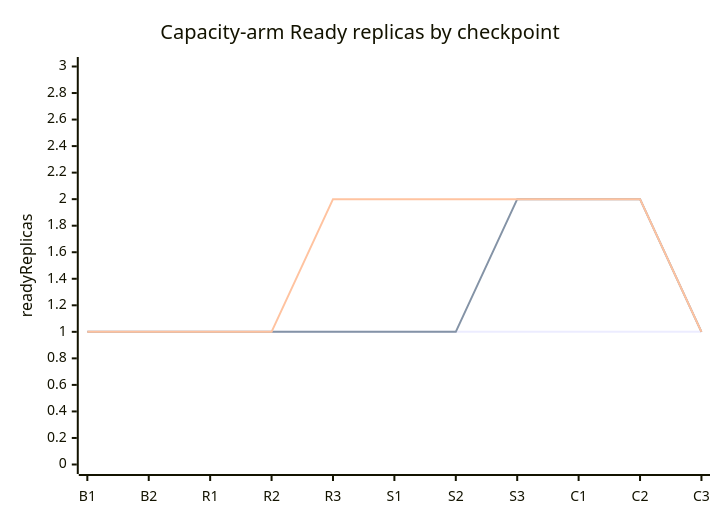
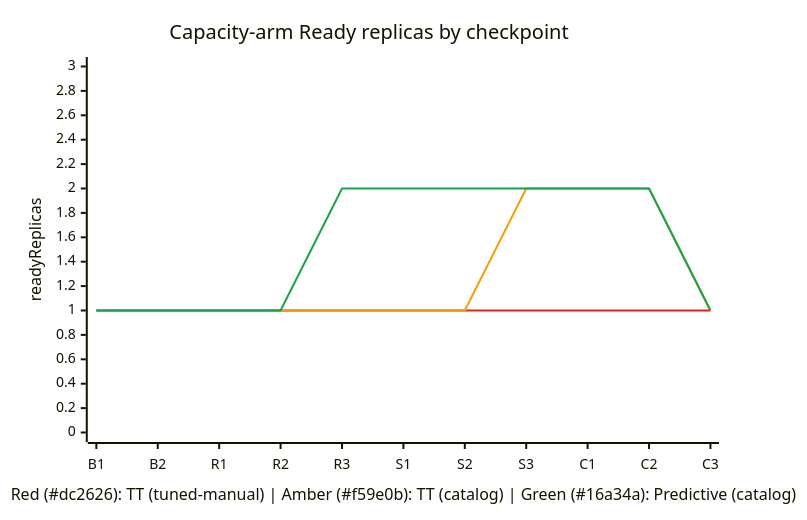
Before and after one commit to gpustack/gpustack-operator: the seventh of 9 diagrams in docs/modules/model-deployment/scaling-benchmark.md, drawn with Mermaid. The commit also changed other lines of this file, not shown here.

Commit message:
docs(scaling): add explicit plotColorPalette and color legends to xychart-beta diagrams

````diff
--- a/docs/modules/model-deployment/scaling-benchmark.md
+++ b/docs/modules/model-deployment/scaling-benchmark.md
@@ -349,9 +355,10 @@
 ```mermaid
+%%{init: {"themeVariables": {"xyChart": {"plotColorPalette": "#dc2626, #f59e0b, #16a34a"}}}}%%
 xychart-beta
     title "Capacity-arm Ready replicas by checkpoint"
-    x-axis ["B1", "B2", "R1", "R2", "R3", "S1", "S2", "S3", "C1", "C2", "C3"]
+    x-axis "Red (#dc2626): TT (tuned-manual) | Amber (#f59e0b): TT (catalog) | Green (#16a34a): Predictive (catalog)" ["B1", "B2", "R1", "R2", "R3", "S1", "S2", "S3", "C1", "C2", "C3"]
     y-axis "readyReplicas" 0 --> 3
-    line [1, 1, 1, 1, 1, 1, 1, 1, 1, 1, 1]
-    line [1, 1, 1, 1, 1, 1, 1, 2, 2, 2, 1]
-    line [1, 1, 1, 1, 2, 2, 2, 2, 2, 2, 1]
+    line "TT (tuned-manual)" [1, 1, 1, 1, 1, 1, 1, 1, 1, 1, 1]
+    line "TT (catalog)" [1, 1, 1, 1, 1, 1, 1, 2, 2, 2, 1]
+    line "Predictive (catalog)" [1, 1, 1, 1, 2, 2, 2, 2, 2, 2, 1]
 ```
````
